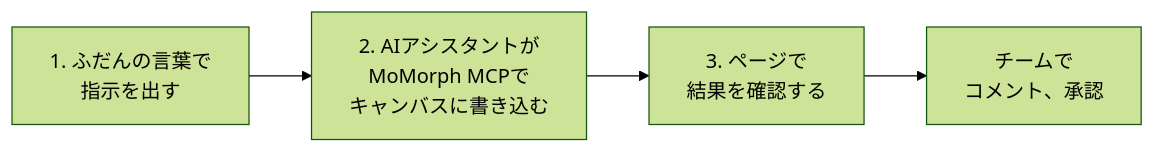
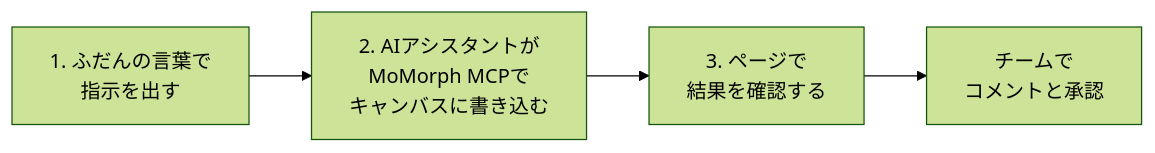
One commit to framgia/momorph-support changed the fifth of 7 diagrams in docs/v2-user-guide.ja.md. Above: the diagram before and after it, drawn with Mermaid (forest theme). The commit also changed other lines of this file and 14 other files, not shown here.

````diff
--- a/docs/v2-user-guide.ja.md
+++ b/docs/v2-user-guide.ja.md
@@ -187,4 +189,4 @@
 ```mermaid
 flowchart LR
-  U["1. ふだんの言葉で<br>指示を出す"] --> A["2. AIアシスタントが<br>MoMorph MCPで<br>キャンバスに書き込む"] --> R["3. ページで<br>結果を確認する"] --> T["チームで<br>コメント、承認"]
+  U["1. ふだんの言葉で<br>指示を出す"] --> A["2. AIアシスタントが<br>MoMorph MCPで<br>キャンバスに書き込む"] --> R["3. ページで<br>結果を確認する"] --> T["チームで<br>コメントと承認"]
 ```
````
